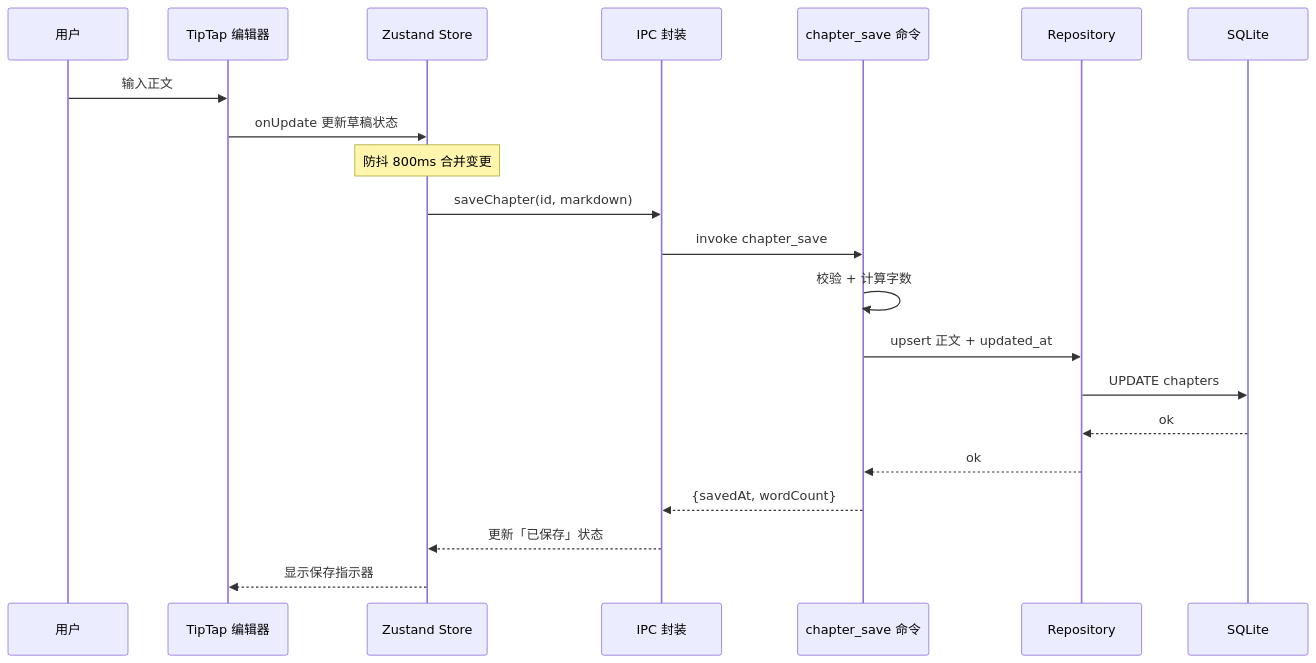
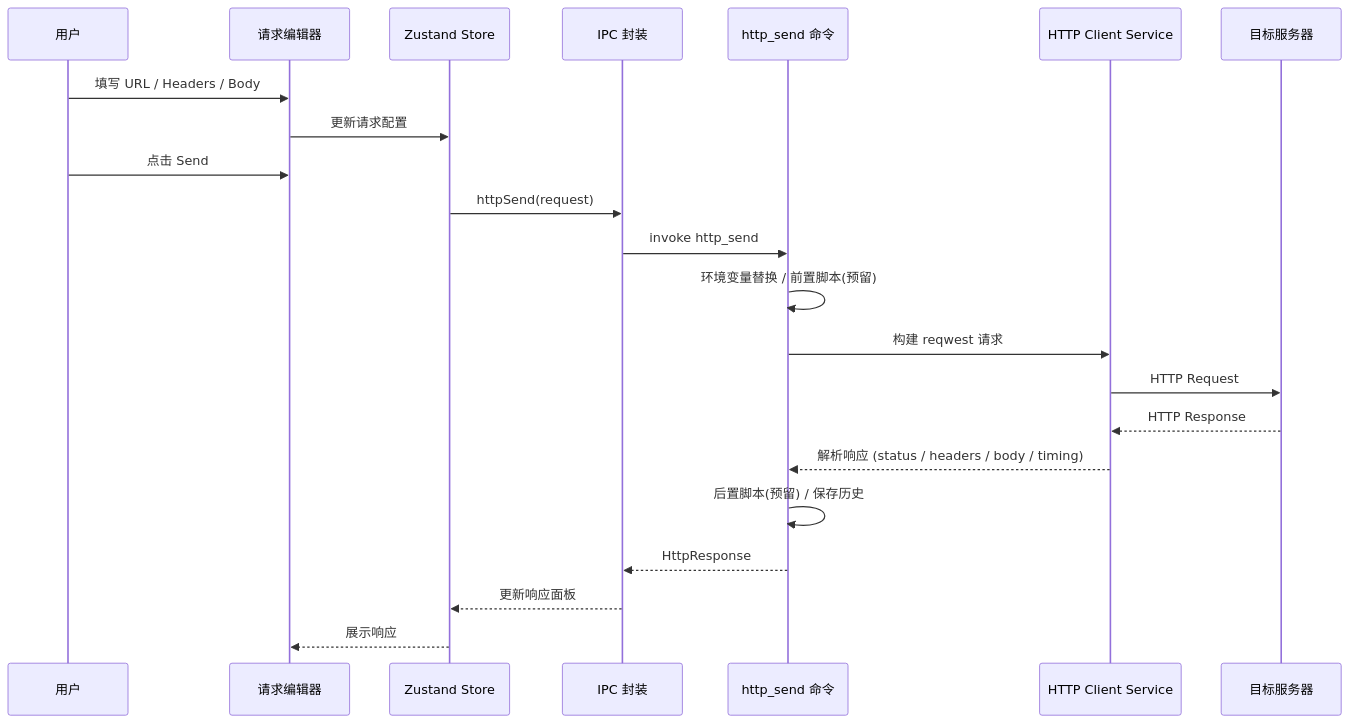
One commit to gsxhnd/Thread changed the second of 6 diagrams in docs/02.architecture.md. Above: the diagram before and after it, drawn with Mermaid. The commit also changed other lines of this file and 164 other files, not shown here.

First line of the commit message:
refactor: rebuild as workspace-based API client with HTTP MVP

````diff
--- a/docs/02.architecture.md
+++ b/docs/02.architecture.md
@@ -79,24 +91,25 @@
 ```mermaid
 sequenceDiagram
     participant U as 用户
-    participant E as TipTap 编辑器
+    participant E as 请求编辑器
     participant S as Zustand Store
     participant A as IPC 封装
-    participant C as chapter_save 命令
-    participant R as Repository
-    participant DB as SQLite
+    participant C as http_send 命令
+    participant H as HTTP Client Service
+    participant N as 目标服务器
 
-    U->>E: 输入正文
-    E->>S: onUpdate 更新草稿状态
-    Note over S: 防抖 800ms 合并变更
-    S->>A: saveChapter(id, markdown)
-    A->>C: invoke chapter_save
-    C->>C: 校验 + 计算字数
-    C->>R: upsert 正文 + updated_at
-    R->>DB: UPDATE chapters
-    DB-->>R: ok
-    R-->>C: ok
-    C-->>A: {savedAt, wordCount}
-    A-->>S: 更新「已保存」状态
-    S-->>E: 显示保存指示器
+    U->>E: 填写 URL / Headers / Body
+    E->>S: 更新请求配置
+    U->>E: 点击 Send
+    S->>A: httpSend(request)
+    A->>C: invoke http_send
+    C->>C: 环境变量替换 / 前置脚本(预留)
+    C->>H: 构建 reqwest 请求
+    H->>N: HTTP Request
+    N-->>H: HTTP Response
+    H-->>C: 解析响应 (status / headers / body / timing)
+    C->>C: 后置脚本(预留) / 保存历史
+    C-->>A: HttpResponse
+    A-->>S: 更新响应面板
+    S-->>E: 展示响应
 ```
````
